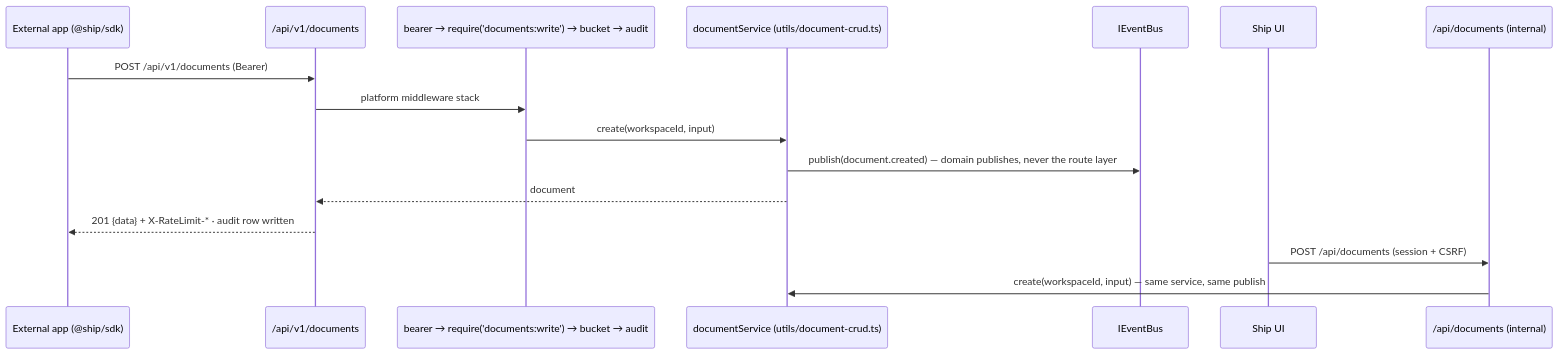
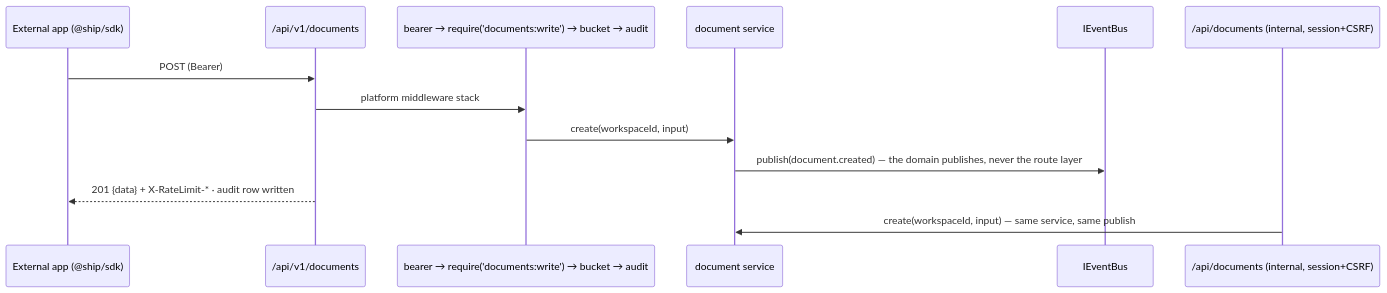
One commit to joshdrochon/ship changed the diagram in docs/architecture.md. Above: the diagram before and after it, drawn with Mermaid. The commit also changed other lines of this file and 2 other files, not shown here.

First line of the commit message:
docs(L26): cut the architecture doc to the 1-2 page cap [PF-786, PF-791]

````diff
--- a/docs/architecture.md
+++ b/docs/architecture.md
@@ -105,19 +59,15 @@
 ```mermaid
 sequenceDiagram
     participant EXT as External app (@ship/sdk)
     participant V1 as /api/v1/documents
     participant PMW as bearer → require('documents:write') → bucket → audit
-    participant SVC as documentService (utils/document-crud.ts)
+    participant SVC as document service
     participant BUS as IEventBus
-    participant UI as Ship UI
-    participant INT as /api/documents (internal)
-
-    EXT->>V1: POST /api/v1/documents (Bearer)
+    participant INT as /api/documents (internal, session+CSRF)
+    EXT->>V1: POST (Bearer)
     V1->>PMW: platform middleware stack
     PMW->>SVC: create(workspaceId, input)
-    SVC->>BUS: publish(document.created)  — domain publishes, never the route layer
-    SVC-->>V1: document
+    SVC->>BUS: publish(document.created) — the domain publishes, never the route layer
     V1-->>EXT: 201 {data} + X-RateLimit-* · audit row written
-    UI->>INT: POST /api/documents (session + CSRF)
-    INT->>SVC: create(workspaceId, input)  — same service, same publish
+    INT->>SVC: create(workspaceId, input) — same service, same publish
 ```
````
